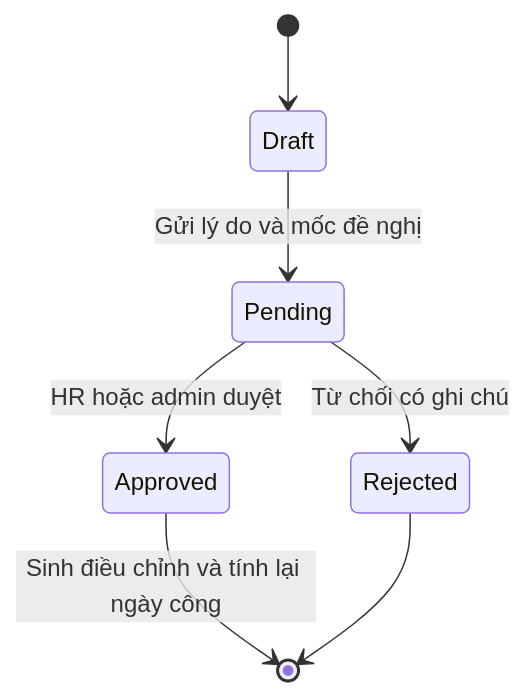
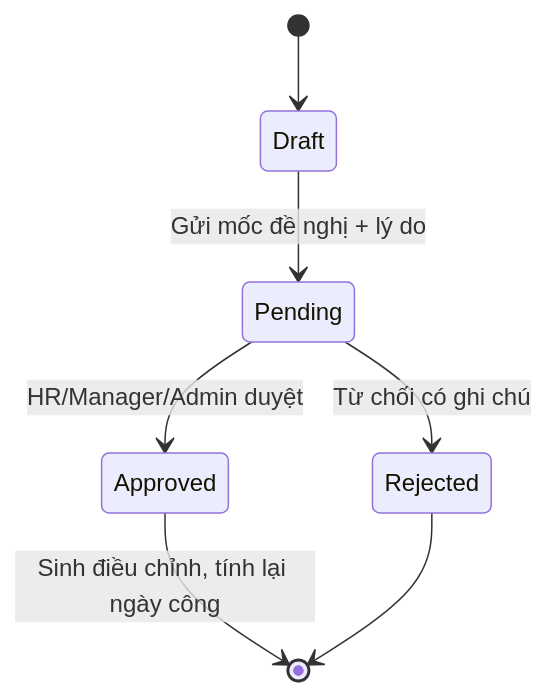
One commit to taiDinh303/M-ChamCong changed the second of 3 diagrams in docs/03-workflow.md. Above: the diagram before and after it, drawn with Mermaid. The commit also changed other lines of this file and 68 other files, not shown here.

````diff
--- a/docs/03-workflow.md
+++ b/docs/03-workflow.md
@@ -36,9 +39,9 @@
 ```mermaid
 stateDiagram-v2
   [*] --> Draft
-  Draft --> Pending: Gửi lý do và mốc đề nghị
-  Pending --> Approved: HR hoặc admin duyệt
+  Draft --> Pending: Gửi mốc đề nghị + lý do
+  Pending --> Approved: HR/Manager/Admin duyệt
   Pending --> Rejected: Từ chối có ghi chú
-  Approved --> [*]: Sinh điều chỉnh và tính lại ngày công
+  Approved --> [*]: Sinh điều chỉnh, tính lại ngày công
   Rejected --> [*]
 ```
````
